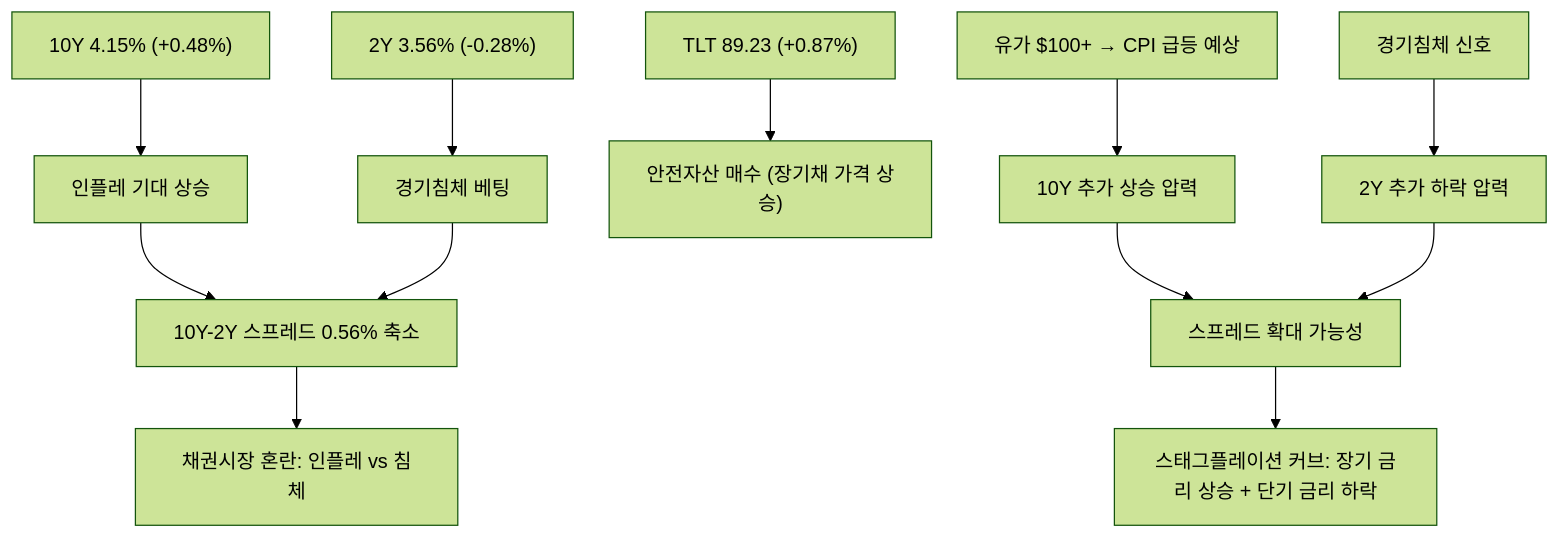
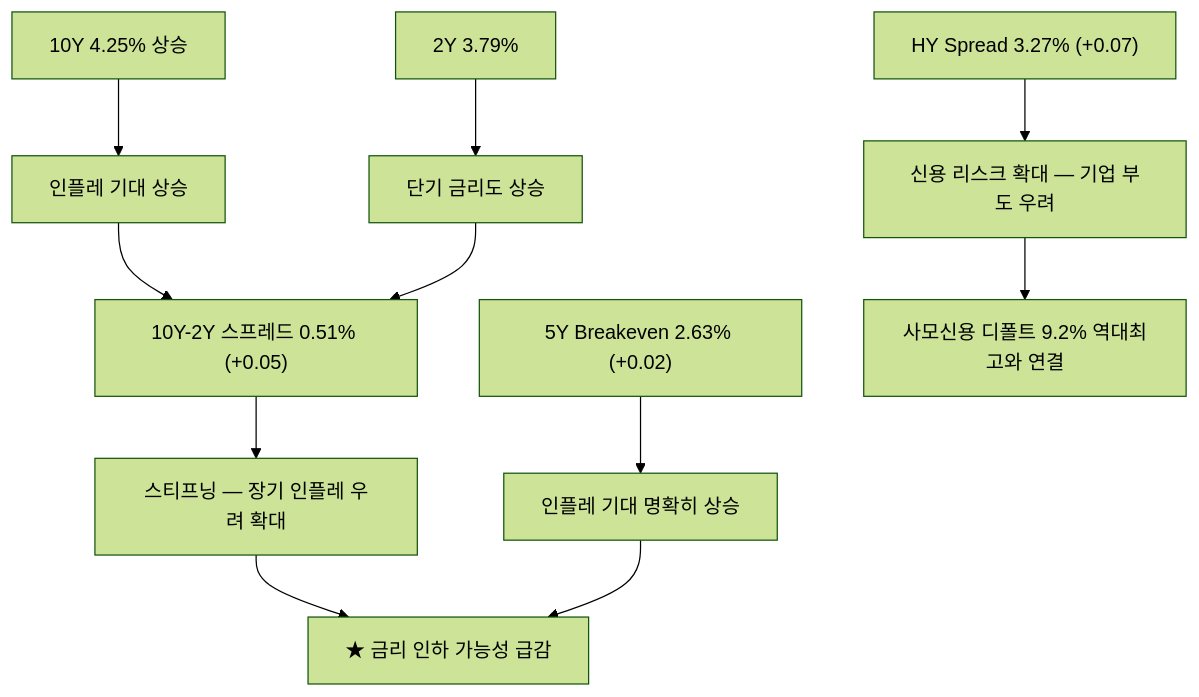
The third of 11 diagrams in _posts/knowledge/invest/2026-01-21-macroeconomic-policy-sector-outlook-2026.md (dss99911/dss99911.github.io), drawn with Mermaid (forest theme) before and after one commit. The commit also changed other lines of this file and 5 other files, not shown here.

````diff
--- a/_posts/knowledge/invest/2026-01-21-macroeconomic-policy-sector-outlook-2026.md
+++ b/_posts/knowledge/invest/2026-01-21-macroeconomic-policy-sector-outlook-2026.md
@@ -141,14 +121,13 @@
 ```mermaid
 graph TD
-    A["10Y 4.15% (+0.48%)"] --> B["인플레 기대 상승"]
-    C["2Y 3.56% (-0.28%)"] --> D["경기침체 베팅"]
-    B --> E["10Y-2Y 스프레드 0.56% 축소"]
+    A["10Y 4.25% 상승"] --> B["인플레 기대 상승"]
+    C["2Y 3.79%"] --> D["단기 금리도 상승"]
+    B --> E["10Y-2Y 스프레드 0.51% #40;+0.05#41;"]
     D --> E
-    E --> F["채권시장 혼란: 인플레 vs 침체"]
-    G["TLT 89.23 (+0.87%)"] --> H["안전자산 매수 (장기채 가격 상승)"]
-    I["유가 $100+ → CPI 급등 예상"] --> J["10Y 추가 상승 압력"]
-    K["경기침체 신호"] --> L["2Y 추가 하락 압력"]
-    J --> M["스프레드 확대 가능성"]
-    L --> M
-    M --> N["스태그플레이션 커브: 장기 금리 상승 + 단기 금리 하락"]
+    E --> F["스티프닝 — 장기 인플레 우려 확대"]
+    G["5Y Breakeven 2.63% #40;+0.02#41;"] --> H["인플레 기대 명확히 상승"]
+    I["HY Spread 3.27% #40;+0.07#41;"] --> J["신용 리스크 확대 — 기업 부도 우려"]
+    F --> K["★ 금리 인하 가능성 급감"]
+    H --> K
+    J --> L["사모신용 디폴트 9.2% 역대최고와 연결"]
 ```
````
